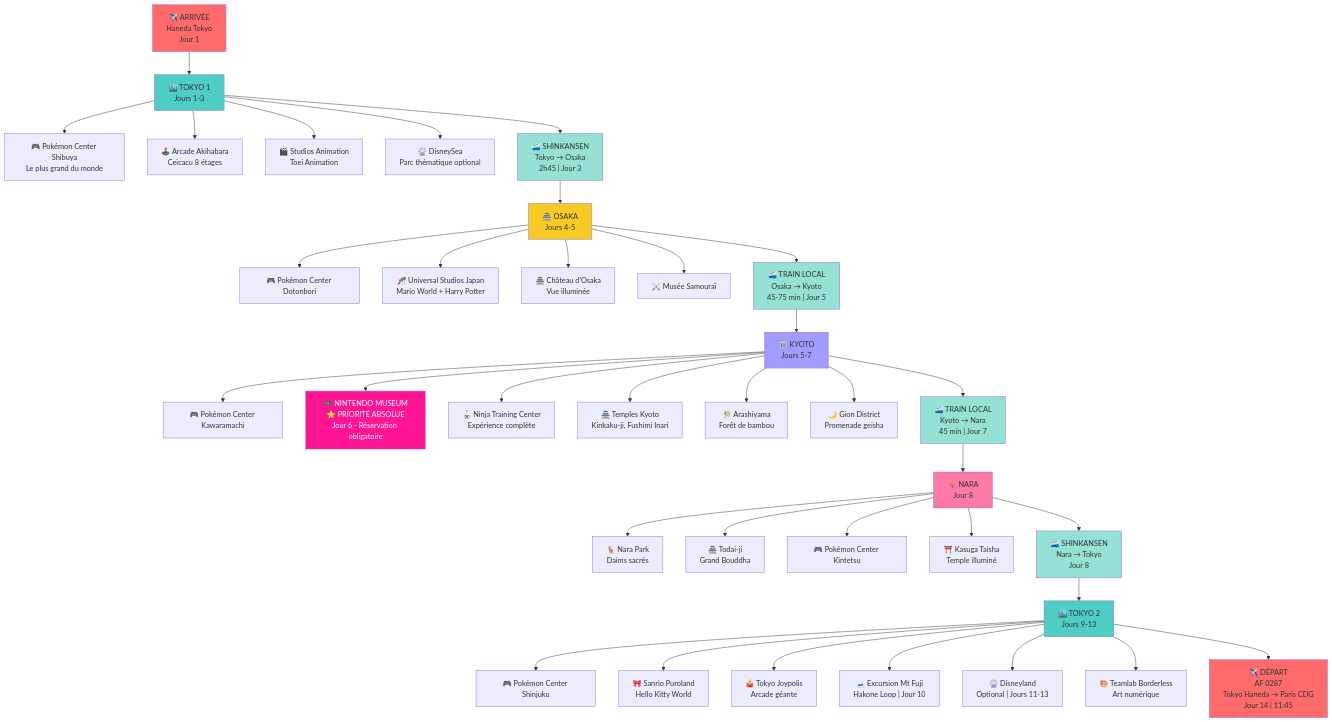
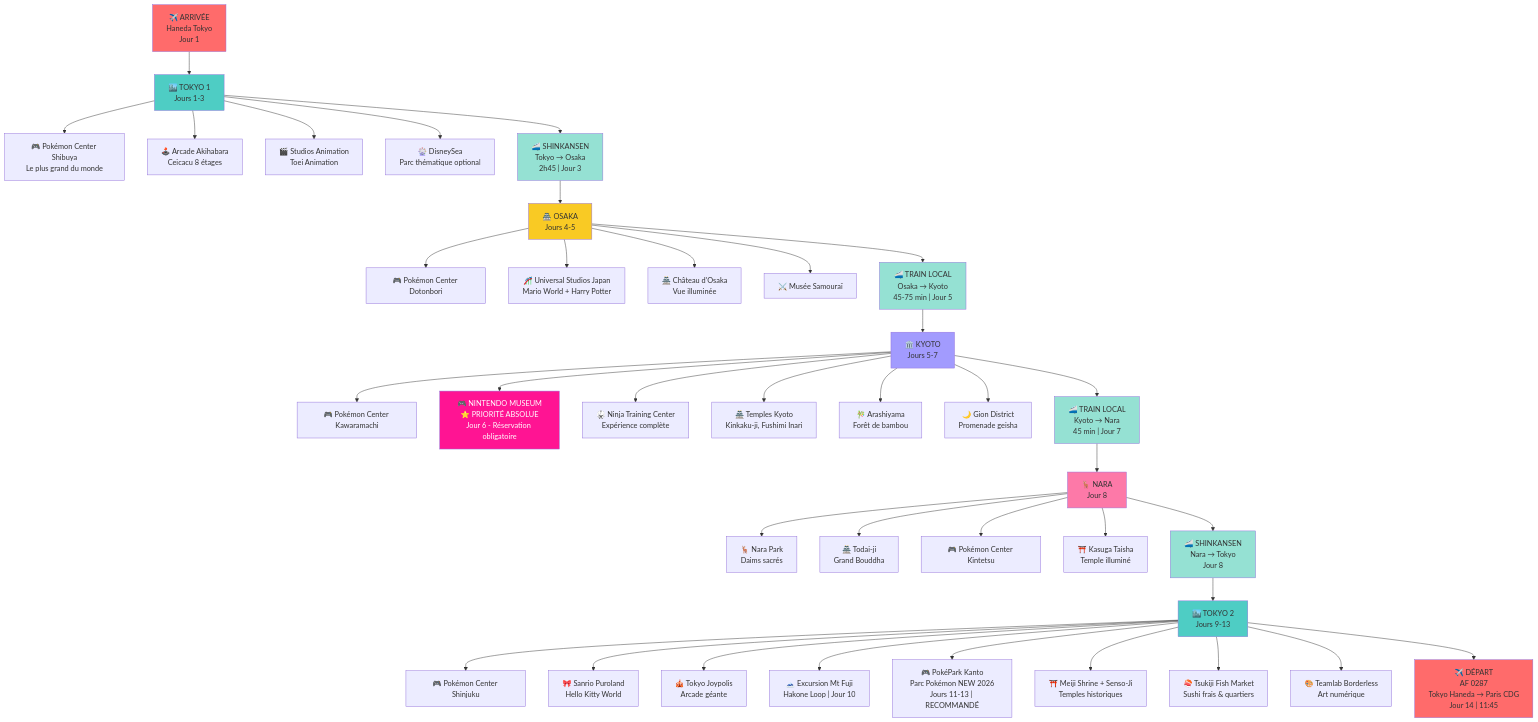
Before and after one commit to azertytr/japon: the diagram in README.md, drawn with Mermaid. The commit also changed other lines of this file, not shown here.

First line of the commit message:
docs: add new attractions to itinerary - PokéPark Kanto, temples, market

````diff
--- a/README.md
+++ b/README.md
@@ -18,60 +18,62 @@
 ```mermaid
 graph TD
     A["✈️ ARRIVÉE<br/>Haneda Tokyo<br/>Jour 1"] --> B["🏙️ TOKYO 1<br/>Jours 1-3"]
     
     B --> B1["🎮 Pokémon Center Shibuya<br/>Le plus grand du monde"]
     B --> B2["🕹️ Arcade Akihabara<br/>Ceicacu 8 étages"]
     B --> B3["🎬 Studios Animation<br/>Toei Animation"]
     B --> B4["🎡 DisneySea<br/>Parc thématique optional"]
     
     B --> C["🚄 SHINKANSEN<br/>Tokyo → Osaka<br/>2h45 | Jour 3"]
     
     C --> D["🏯 OSAKA<br/>Jours 4-5"]
     D --> D1["🎮 Pokémon Center Dotonbori"]
     D --> D2["🎢 Universal Studios Japan<br/>Mario World + Harry Potter"]
     D --> D3["🏯 Château d'Osaka<br/>Vue illuminée"]
     D --> D4["⚔️ Musée Samouraï"]
     
     D --> E["🚄 TRAIN LOCAL<br/>Osaka → Kyoto<br/>45-75 min | Jour 5"]
     
     E --> F["🏛️ KYOTO<br/>Jours 5-7"]
     F --> F1["🎮 Pokémon Center Kawaramachi"]
     F --> F2["🎮 NINTENDO MUSEUM<br/>⭐ PRIORITÉ ABSOLUE<br/>Jour 6 - Réservation obligatoire"]
     F --> F3["🥋 Ninja Training Center<br/>Expérience complète"]
     F --> F4["🏯 Temples Kyoto<br/>Kinkaku-ji, Fushimi Inari"]
     F --> F5["🎋 Arashiyama<br/>Forêt de bambou"]
     F --> F6["🌙 Gion District<br/>Promenade geisha"]
     
     F --> G["🚄 TRAIN LOCAL<br/>Kyoto → Nara<br/>45 min | Jour 7"]
     
     G --> H["🦌 NARA<br/>Jour 8"]
     H --> H1["🦌 Nara Park<br/>Daims sacrés"]
     H --> H2["🏯 Todai-ji<br/>Grand Bouddha"]
     H --> H3["🎮 Pokémon Center Kintetsu"]
     H --> H4["⛩️ Kasuga Taisha<br/>Temple illuminé"]
     
     H --> I["🚄 SHINKANSEN<br/>Nara → Tokyo<br/>Jour 8"]
     
     I --> J["🏙️ TOKYO 2<br/>Jours 9-13"]
     J --> J1["🎮 Pokémon Center Shinjuku"]
     J --> J2["🎀 Sanrio Puroland<br/>Hello Kitty World"]
     J --> J3["🎪 Tokyo Joypolis<br/>Arcade géante"]
     J --> J4["🗻 Excursion Mt Fuji<br/>Hakone Loop | Jour 10"]
-    J --> J5["🎡 Disneyland<br/>Optional | Jours 11-13"]
-    J --> J6["🎨 Teamlab Borderless<br/>Art numérique"]
+    J --> J5["🎮 PokéPark Kanto<br/>Parc Pokémon NEW 2026<br/>Jours 11-13 | RECOMMANDÉ"]
+    J --> J6["⛩️ Meiji Shrine + Senso-Ji<br/>Temples historiques"]
+    J --> J7["🍣 Tsukiji Fish Market<br/>Sushi frais & quartiers"]
+    J --> J8["🎨 Teamlab Borderless<br/>Art numérique"]
     
     J --> K["✈️ DÉPART<br/>AF 0287<br/>Tokyo Haneda → Paris CDG<br/>Jour 14 | 11:45"]
     
     style A fill:#ff6b6b
     style B fill:#4ecdc4
     style C fill:#95e1d3
     style D fill:#f9ca24
     style E fill:#95e1d3
     style F fill:#a29bfe
     style G fill:#95e1d3
     style H fill:#fd79a8
     style I fill:#95e1d3
     style J fill:#4ecdc4
     style K fill:#ff6b6b
     style F2 fill:#ff1493,color:#fff
 ```
````
